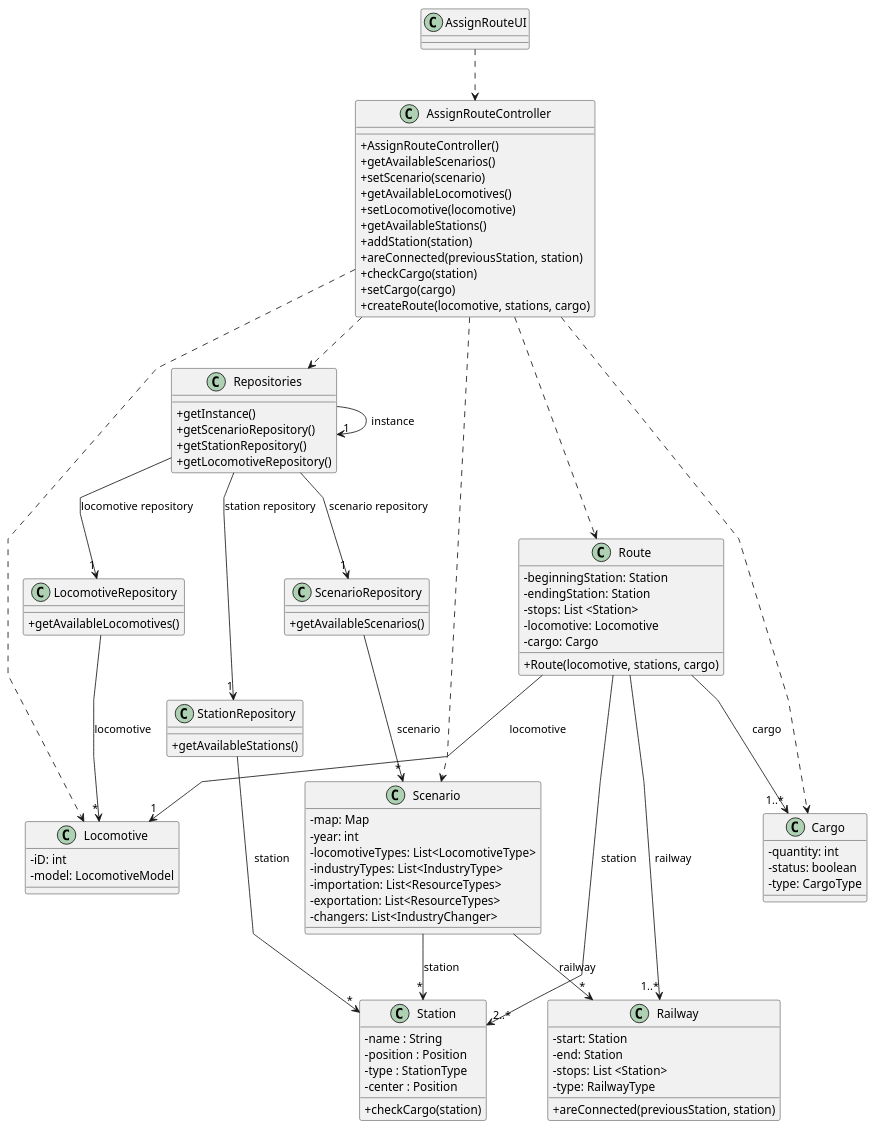
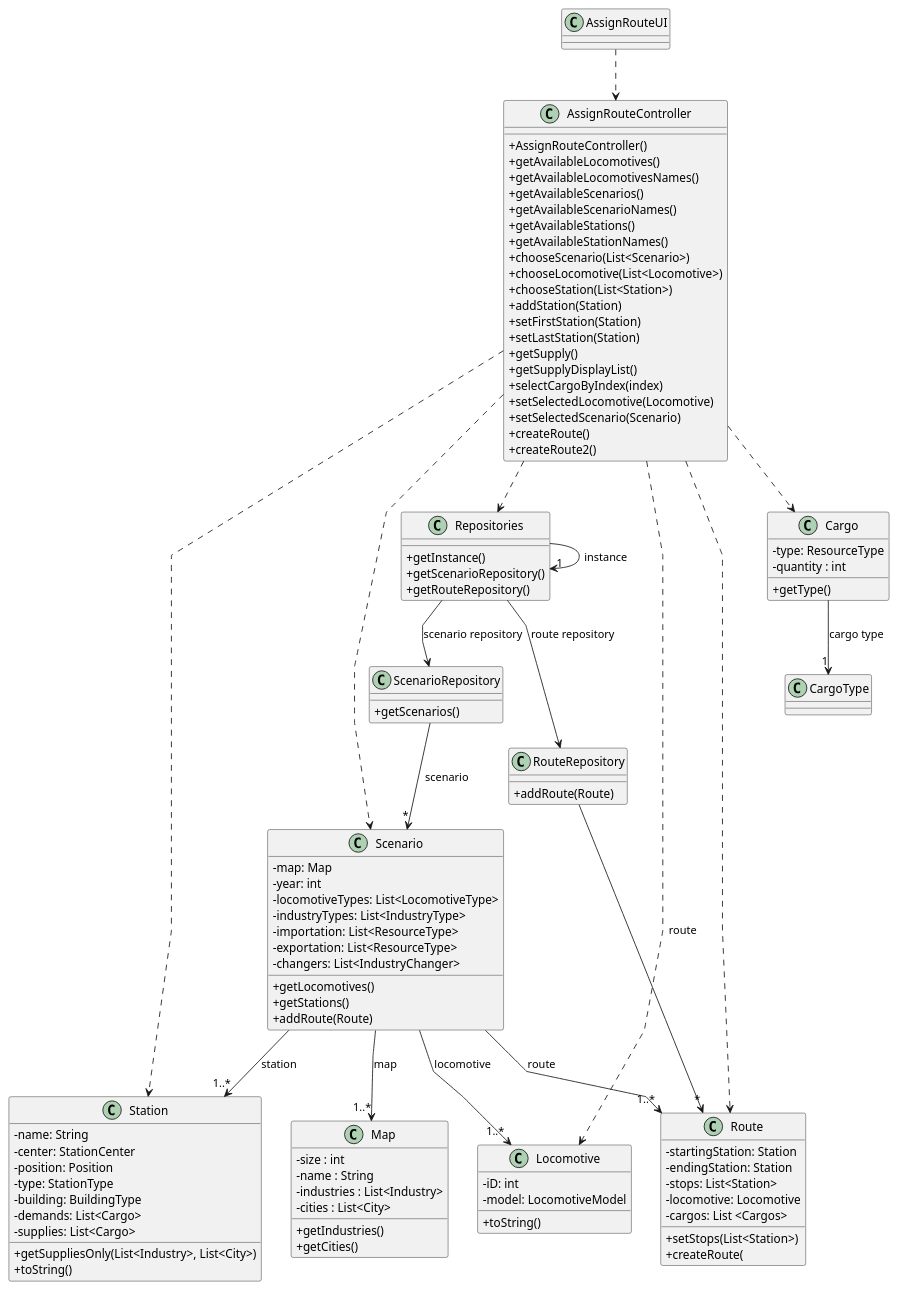
The diagram in Sprint2/US010/03.design/puml/US010-CD.puml (1240935/pi2-railway-simulator), drawn with PlantUML before and after one commit. The commit also changed 7 other files, not shown here.

```diff
--- a/Sprint2/US010/03.design/puml/US010-CD.puml
+++ b/Sprint2/US010/03.design/puml/US010-CD.puml
@@ -1,120 +1,125 @@
 @startuml
-'skinparam monochrome true
-skinparam packageStyle rectangle
+skinparam classAttributeIconSize 0
 skinparam shadowing false
 skinparam linetype polyline
-'skinparam linetype orto
 
-skinparam classAttributeIconSize 0
 
-'left to right direction
-
-class AssignRouteUI {
-
+class AssignRouteUI{
 }
 
 class AssignRouteController {
-      +AssignRouteController()
-      +getAvailableScenarios()
-      +setScenario(scenario)
-      +getAvailableLocomotives()
-      +setLocomotive(locomotive)
-      +getAvailableStations()
-      +addStation(station)
-      +areConnected(previousStation, station)
-      +checkCargo(station)
-      +setCargo(cargo)
-      +createRoute(locomotive, stations, cargo)
+    +AssignRouteController()
+  +getAvailableLocomotives()
+  +getAvailableLocomotivesNames()
+  +getAvailableScenarios()
+  +getAvailableScenarioNames()
+  +getAvailableStations()
+  +getAvailableStationNames()
+  +chooseScenario(List<Scenario>)
+  +chooseLocomotive(List<Locomotive>)
+  +chooseStation(List<Station>)
+  +addStation(Station)
+  +setFirstStation(Station)
+  +setLastStation(Station)
+  +getSupply()
+  +getSupplyDisplayList()
+  +selectCargoByIndex(index)
+  +setSelectedLocomotive(Locomotive)
+  +setSelectedScenario(Scenario)
+  +createRoute()
+  +createRoute2()
+}
+
+class Scenario {
+  -map: Map
+           -year: int
+           -locomotiveTypes: List<LocomotiveType>
+           -industryTypes: List<IndustryType>
+           -importation: List<ResourceType>
+           -exportation: List<ResourceType>
+           -changers: List<IndustryChanger>
+  +getLocomotives()
+  +getStations()
+  +addRoute(Route)
+}
+
+class Route {
+  - startingStation: Station
+    - endingStation: Station
+    - stops: List<Station>
+    - locomotive: Locomotive
+    - cargos: List <Cargos>
+  +setStops(List<Station>)
+  +createRoute(
+}
+
+class Station {
+  - name: String
+    - center: StationCenter
+    - position: Position
+    - type: StationType
+    - building: BuildingType
+    - demands: List<Cargo>
+    - supplies: List<Cargo>
+  +getSuppliesOnly(List<Industry>, List<City>)
+  +toString()
+}
+
+class Locomotive {
+    - iD: int
+    - model: LocomotiveModel
+  +toString()
+}
+
+class Cargo {
+  - type: ResourceType
+  - quantity : int
+  +getType()
+}
+
+class Map {
+  - size : int
+  - name : String
+  - industries : List<Industry>
+  - cities : List<City>
+  +getIndustries()
+  +getCities()
 }
 
 class Repositories {
   +getInstance()
   +getScenarioRepository()
-  +getStationRepository()
-  +getLocomotiveRepository()
+  +getRouteRepository()
 }
 
 class ScenarioRepository {
-  +getAvailableScenarios()
+  +getScenarios()
 }
 
-class StationRepository {
-  +getAvailableStations()
+class RouteRepository {
+  +addRoute(Route)
 }
-
-class LocomotiveRepository {
-  +getAvailableLocomotives()
-}
-
-class Scenario {
-       -map: Map
-       -year: int
-       -locomotiveTypes: List<LocomotiveType>
-       -industryTypes: List<IndustryType>
-       -importation: List<ResourceTypes>
-       -exportation: List<ResourceTypes>
-       -changers: List<IndustryChanger>
-}
-
-class Station {
-  -name : String
-  -position : Position
-  -type : StationType
-  -center : Position
-  +checkCargo(station)
-}
-
-class Route {
-  +Route(locomotive, stations, cargo)
-  -beginningStation: Station
-  -endingStation: Station
-  -stops: List <Station>
-  -locomotive: Locomotive
-  -cargo: Cargo
-}
-
-class Locomotive {
-  -iD: int
-  -model: LocomotiveModel
-}
-
-class Cargo {
-  -quantity: int
-  -status: boolean
-  -type: CargoType
-}
-
-class Railway{
-   -start: Station
-   -end: Station
-   -stops: List <Station>
-   -type: RailwayType
-   +areConnected(previousStation, station)
-}
-
 
 AssignRouteUI ..> AssignRouteController
 
-AssignRouteController ..> Repositories
+AssignRouteController ..> Scenario
+AssignRouteController ..> Station
 AssignRouteController ..> Route
-AssignRouteController ..> Scenario
 AssignRouteController ..> Locomotive
 AssignRouteController ..> Cargo
+AssignRouteController ..> Repositories
+
+Scenario --> "1..*" Map: map
+Scenario --> "1..*" Locomotive: locomotive
+Scenario --> "1..*" Station: station
+Scenario --> "1..*" Route: route
+
+Cargo --> "1" CargoType: cargo type
 
 Repositories -> "1" Repositories : instance
-Repositories --> "1" ScenarioRepository : scenario repository
-Repositories --> "1" StationRepository : station repository
-Repositories --> "1" LocomotiveRepository : locomotive repository
+Repositories --> ScenarioRepository: scenario repository
+Repositories --> RouteRepository: route repository
 
-StationRepository --> "*" Station : station
-LocomotiveRepository --> "*" Locomotive: locomotive
 ScenarioRepository --> "*" Scenario: scenario
-
-Scenario --> "*" Station : station
-Scenario --> "*" Railway: railway
-
-Route --> "1" Locomotive : locomotive
-Route --> "2..*" Station : station
-Route --> "1..*" Cargo : cargo
-Route --> "1..*" Railway: railway
+RouteRepository --> "*" Route: route
 @enduml
```
